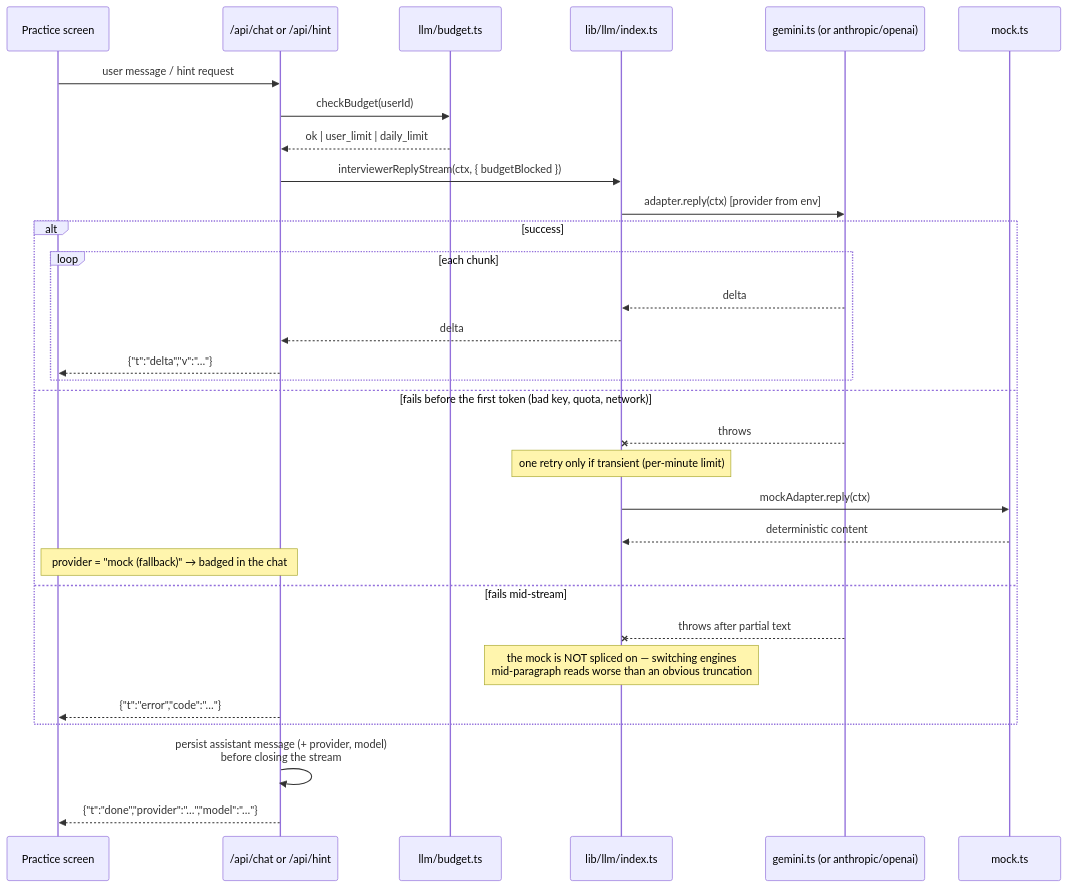
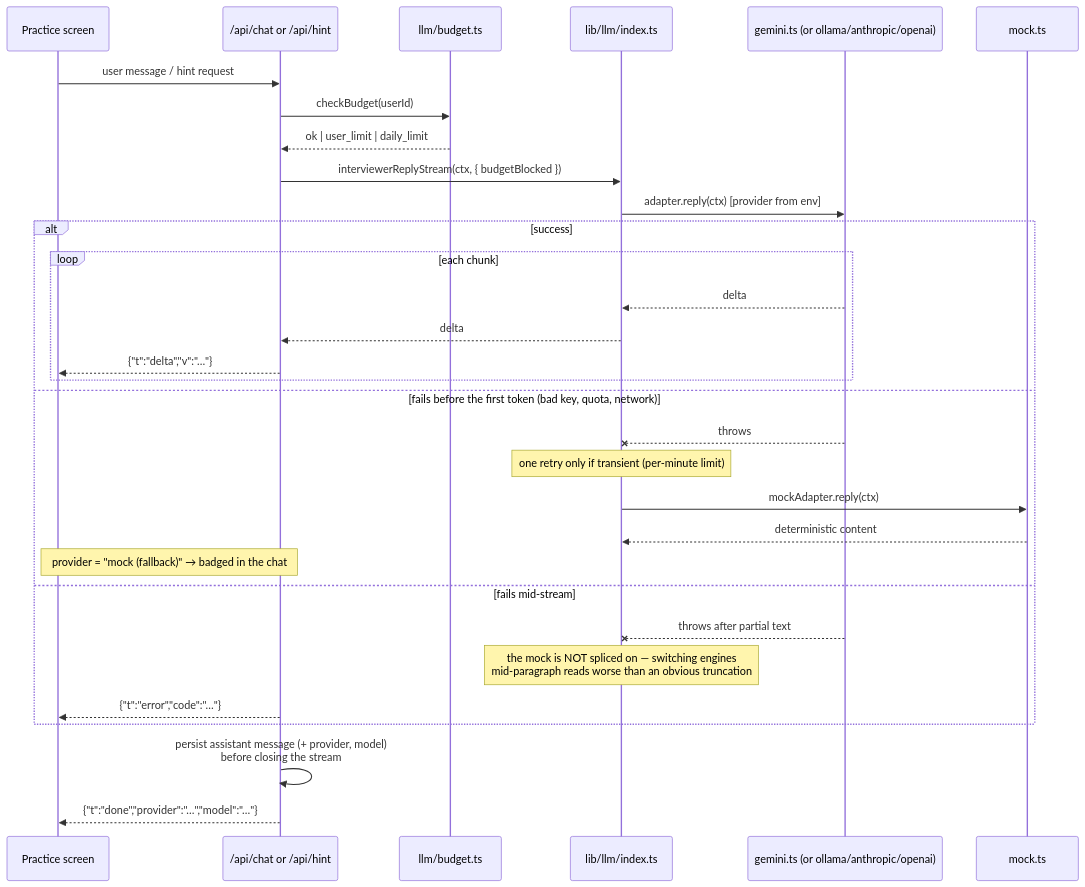
One commit to pr4t3ek/FAKEcases changed the fourth of 7 diagrams in docs/ARCHITECTURE.md. Above: the diagram before and after it, drawn with Mermaid. The commit also changed other lines of this file and 9 other files, not shown here.

````diff
--- a/docs/ARCHITECTURE.md
+++ b/docs/ARCHITECTURE.md
@@ -193,36 +197,36 @@
 ```mermaid
 sequenceDiagram
     participant UI as Practice screen
     participant Route as /api/chat or /api/hint
     participant Budget as llm/budget.ts
     participant Idx as lib/llm/index.ts
-    participant Adapter as gemini.ts (or anthropic/openai)
+    participant Adapter as gemini.ts (or ollama/anthropic/openai)
     participant Mock as mock.ts
 
     UI->>Route: user message / hint request
     Route->>Budget: checkBudget(userId)
     Budget-->>Route: ok | user_limit | daily_limit
     Route->>Idx: interviewerReplyStream(ctx, { budgetBlocked })
     Idx->>Adapter: adapter.reply(ctx) [provider from env]
 
     alt success
         loop each chunk
             Adapter-->>Idx: delta
             Idx-->>Route: delta
             Route-->>UI: {"t":"delta","v":"…"}
         end
     else fails before the first token (bad key, quota, network)
         Adapter--xIdx: throws
         Note over Idx: one retry only if transient (per-minute limit)
         Idx->>Mock: mockAdapter.reply(ctx)
         Mock-->>Idx: deterministic content
         Note over Route,UI: provider = "mock (fallback)" → badged in the chat
     else fails mid-stream
         Adapter--xIdx: throws after partial text
         Note over Idx: the mock is NOT spliced on — switching engines<br/>mid-paragraph reads worse than an obvious truncation
         Route-->>UI: {"t":"error","code":"…"}
     end
 
     Route->>Route: persist assistant message (+ provider, model)<br/>before closing the stream
     Route-->>UI: {"t":"done","provider":"…","model":"…"}
 ```
````
